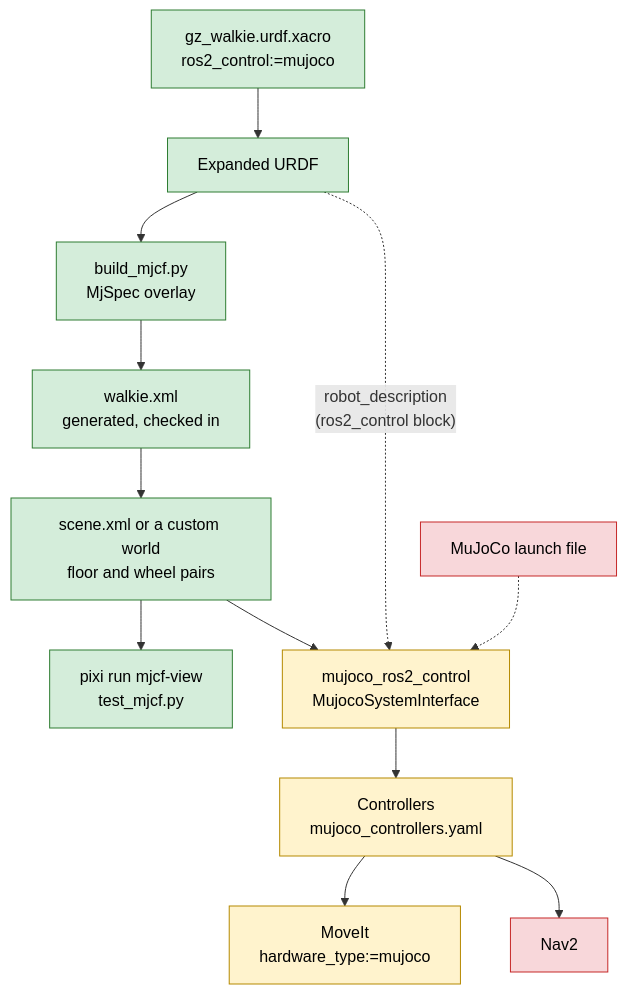
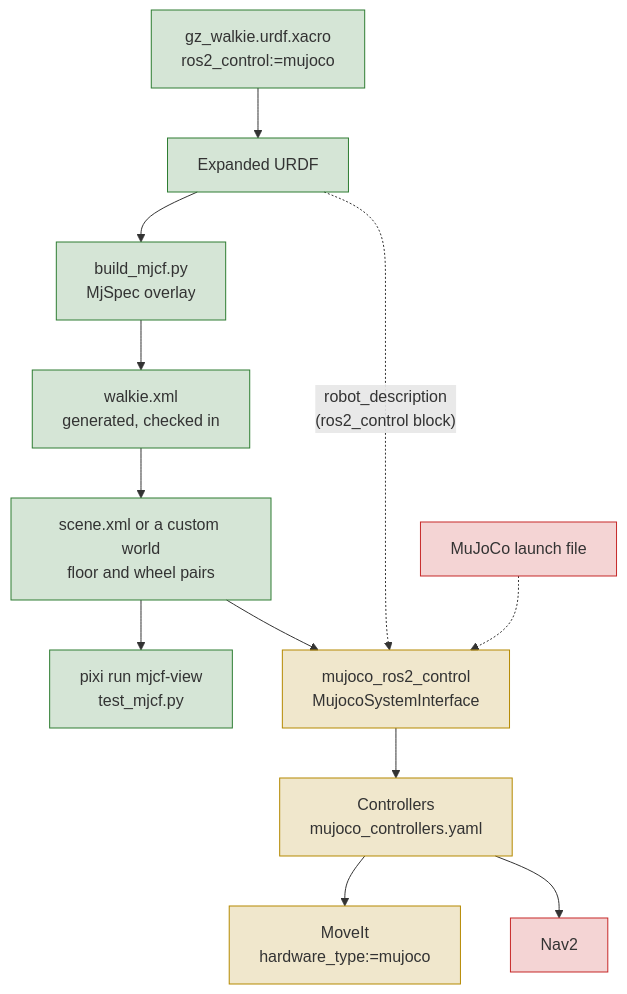
Before and after one commit to EIC-Robocup-2026/walkie-ros: the diagram in docs/migrations/02-mujoco/index.md, drawn with Mermaid. The commit also changed 1 other file, not shown here.

Commit message:
docs: make diagram colors readable in the dark theme

````diff
--- a/docs/migrations/02-mujoco/index.md
+++ b/docs/migrations/02-mujoco/index.md
@@ -114,20 +114,20 @@
 ```mermaid
 flowchart TD
     xacro["gz_walkie.urdf.xacro<br/>ros2_control:=mujoco"] --> urdf["Expanded URDF"]
     urdf --> gen["build_mjcf.py<br/>MjSpec overlay"]
     gen --> model["walkie.xml<br/>generated, checked in"]
     model --> world["scene.xml or a custom world<br/>floor and wheel pairs"]
     world --> tools["pixi run mjcf-view<br/>test_mjcf.py"]
     world --> hw["mujoco_ros2_control<br/>MujocoSystemInterface"]
     urdf -. "robot_description<br/>(ros2_control block)" .-> hw
     launch["MuJoCo launch file"] -.-> hw
     hw --> ctrl["Controllers<br/>mujoco_controllers.yaml"]
     ctrl --> moveit["MoveIt<br/>hardware_type:=mujoco"]
     ctrl --> nav2["Nav2"]
-    classDef ready fill:#d4edda,stroke:#2e7d32,color:#000
-    classDef configured fill:#fff3cd,stroke:#b58900,color:#000
-    classDef missing fill:#f8d7da,stroke:#c62828,color:#000
+    classDef ready fill:#2e7d3233,stroke:#2e7d32
+    classDef configured fill:#b5890033,stroke:#b58900
+    classDef missing fill:#c6282833,stroke:#c62828
     class xacro,urdf,gen,model,world,tools ready
     class hw,ctrl,moveit configured
     class launch,nav2 missing
 ```
````
